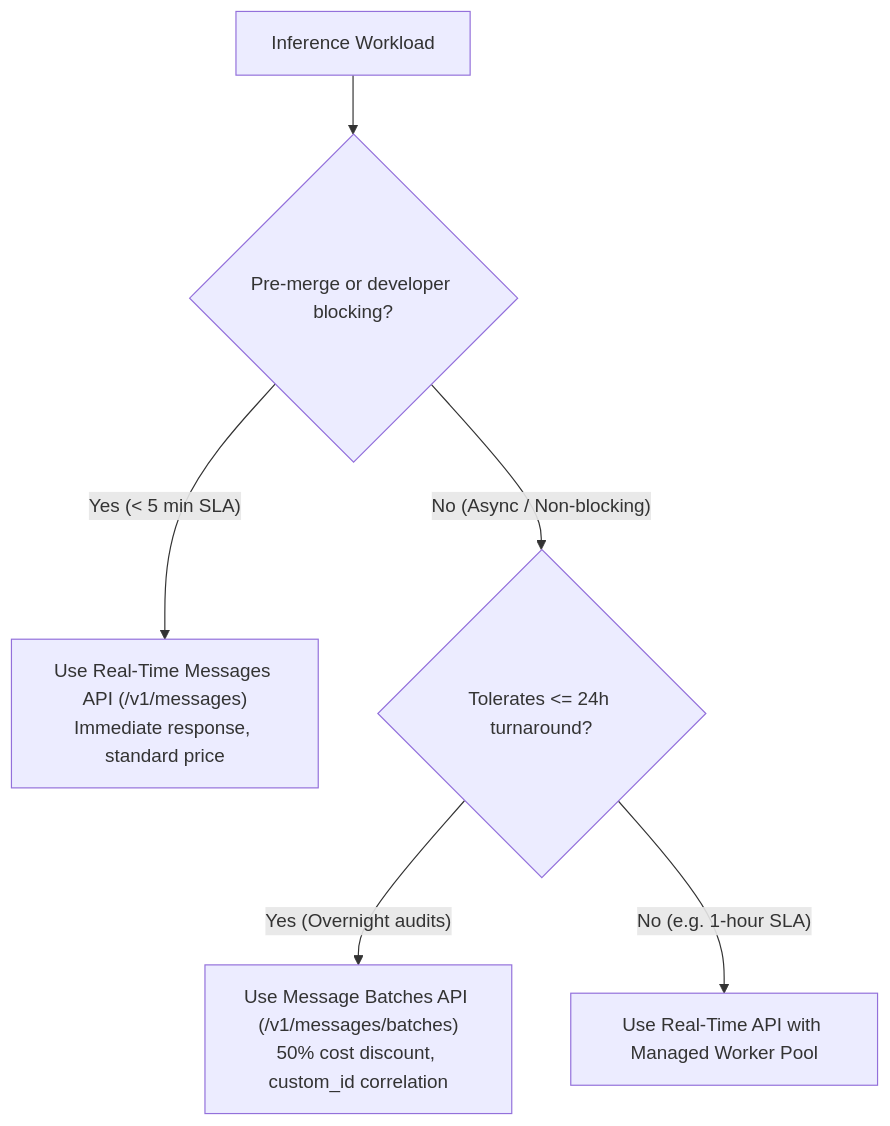
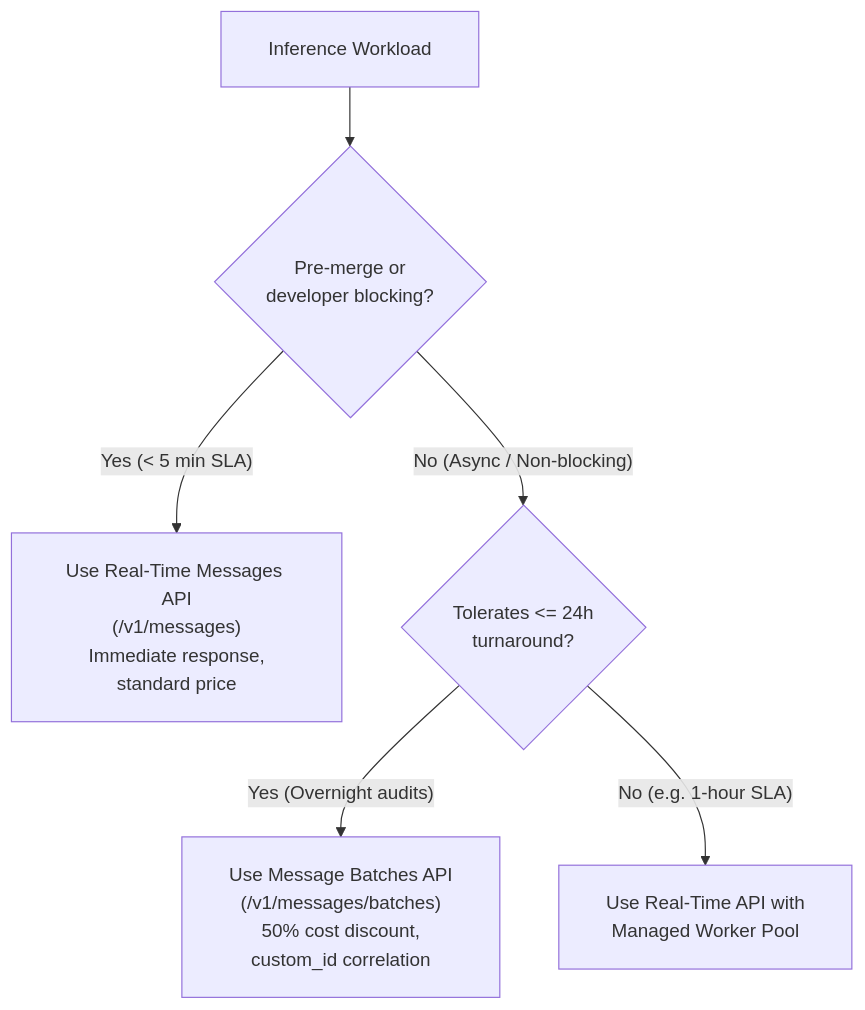
One commit to dip4k/claude_cert_architect_foundation_prep changed the second of 6 diagrams in scenarios/MASTER_SCENARIO_PRACTICE.md. Above: the diagram before and after it, drawn with Mermaid. The commit also changed other lines of this file and 31 other files, not shown here.

First line of the commit message:
docs(diagrams): fix text trimming, padding, and layout in all mermaid diagrams

````diff
--- a/scenarios/MASTER_SCENARIO_PRACTICE.md
+++ b/scenarios/MASTER_SCENARIO_PRACTICE.md
@@ -58,12 +59,13 @@
 ```mermaid
+%%{init: {"flowchart": {"htmlLabels": true, "padding": 20}}}%%
 flowchart TD
-    Workload["Inference Workload"] --> LatencyCheck{"Pre-merge or developer blocking?"}
+    Workload["Inference Workload"] --> LatencyCheck{"Pre-merge or<br/>developer blocking?"}
     
-    LatencyCheck -- "Yes (< 5 min SLA)" --> RealTimeAPI["Use Real-Time Messages API (/v1/messages)<br/>Immediate response, standard price"]
+    LatencyCheck -- "Yes (< 5 min SLA)" --> RealTimeAPI["Use Real-Time Messages API<br/>(/v1/messages)<br/>Immediate response,<br/>standard price"]
     
-    LatencyCheck -- "No (Async / Non-blocking)" --> SLA24Check{"Tolerates <= 24h turnaround?"}
+    LatencyCheck -- "No (Async / Non-blocking)" --> SLA24Check{"Tolerates <= 24h<br/>turnaround?"}
     
-    SLA24Check -- "Yes (Overnight audits)" --> BatchesAPI["Use Message Batches API (/v1/messages/batches)<br/>50% cost discount, custom_id correlation"]
+    SLA24Check -- "Yes (Overnight audits)" --> BatchesAPI["Use Message Batches API<br/>(/v1/messages/batches)<br/>50% cost discount,<br/>custom_id correlation"]
     
-    SLA24Check -- "No (e.g. 1-hour SLA)" --> WorkerPool["Use Real-Time API with Managed Worker Pool"]
+    SLA24Check -- "No (e.g. 1-hour SLA)" --> WorkerPool["Use Real-Time API with<br/>Managed Worker Pool"]
 ```
````
